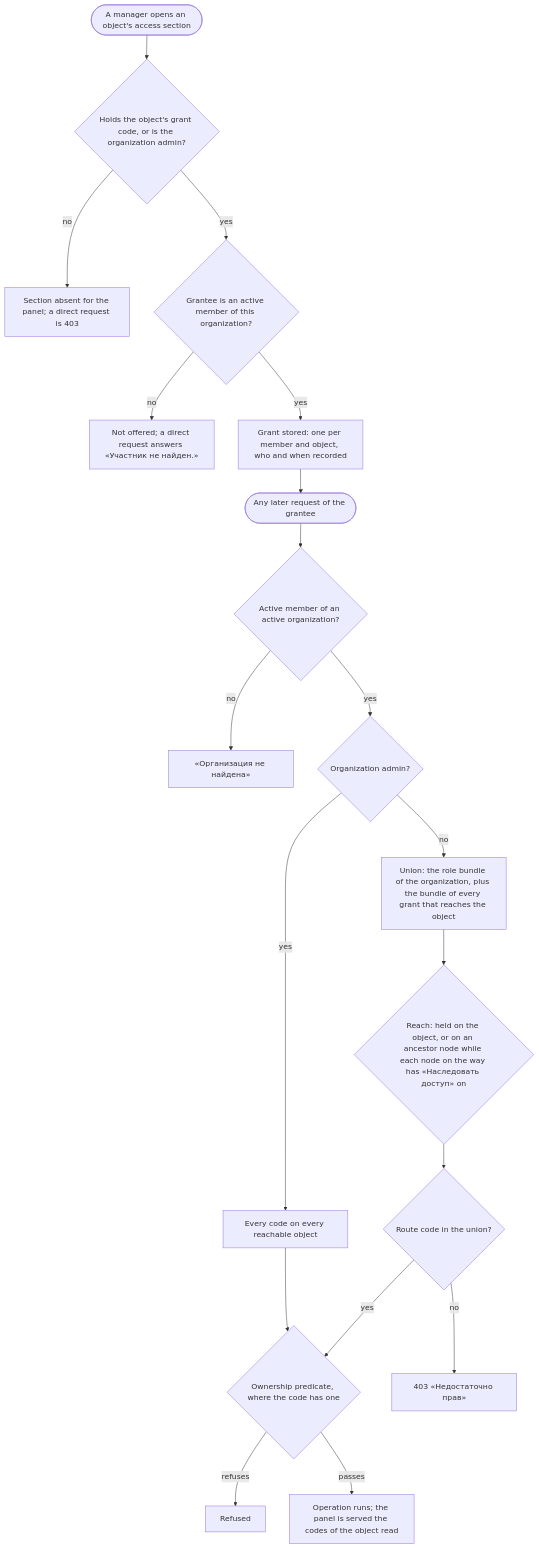
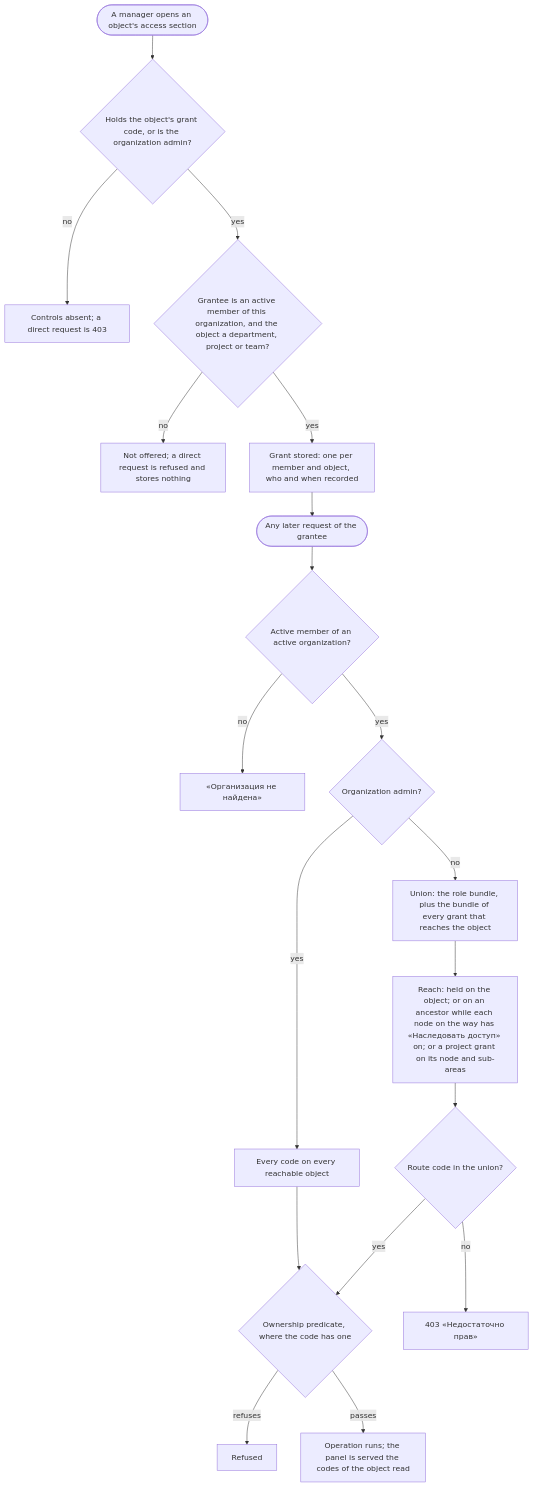
The diagram in docs/features/mod-019-scoped-access/spec.md (totKtoXam/mustask), drawn with Mermaid before and after one commit. The commit also changed other lines of this file and 10 other files, not shown here.

````diff
--- a/docs/features/mod-019-scoped-access/spec.md
+++ b/docs/features/mod-019-scoped-access/spec.md
@@ -38,21 +41,21 @@
 ```mermaid
 flowchart TD
     S([A manager opens an object's access section]) --> G1{Holds the object's grant code, or is the organization admin?}
-    G1 -->|no| G1x[Section absent for the panel; a direct request is 403]
-    G1 -->|yes| G2{Grantee is an active member of this organization?}
-    G2 -->|no| G2x[Not offered; a direct request answers «Участник не найден.»]
+    G1 -->|no| G1x[Controls absent; a direct request is 403]
+    G1 -->|yes| G2{Grantee is an active member of this organization, and the object a department, project or team?}
+    G2 -->|no| G2x[Not offered; a direct request is refused and stores nothing]
     G2 -->|yes| G3[Grant stored: one per member and object, who and when recorded]
     G3 --> R([Any later request of the grantee])
     R --> A1{Active member of an active organization?}
     A1 -->|no| A1x[«Организация не найдена»]
     A1 -->|yes| A2{Organization admin?}
     A2 -->|yes| A5[Every code on every reachable object]
-    A2 -->|no| A3[Union: the role bundle of the organization, plus the bundle of every grant that reaches the object]
-    A3 --> A4{Reach: held on the object, or on an ancestor node while each node on the way has «Наследовать доступ» on}
+    A2 -->|no| A3[Union: the role bundle, plus the bundle of every grant that reaches the object]
+    A3 --> A4[Reach: held on the object; or on an ancestor while each node on the way has «Наследовать доступ» on; or a project grant on its node and sub-areas]
     A4 --> A6{Route code in the union?}
     A5 --> A7
     A6 -->|no| A6x[403 «Недостаточно прав»]
     A6 -->|yes| A7{Ownership predicate, where the code has one}
     A7 -->|refuses| A7x[Refused]
     A7 -->|passes| A8[Operation runs; the panel is served the codes of the object read]
 ```
````
